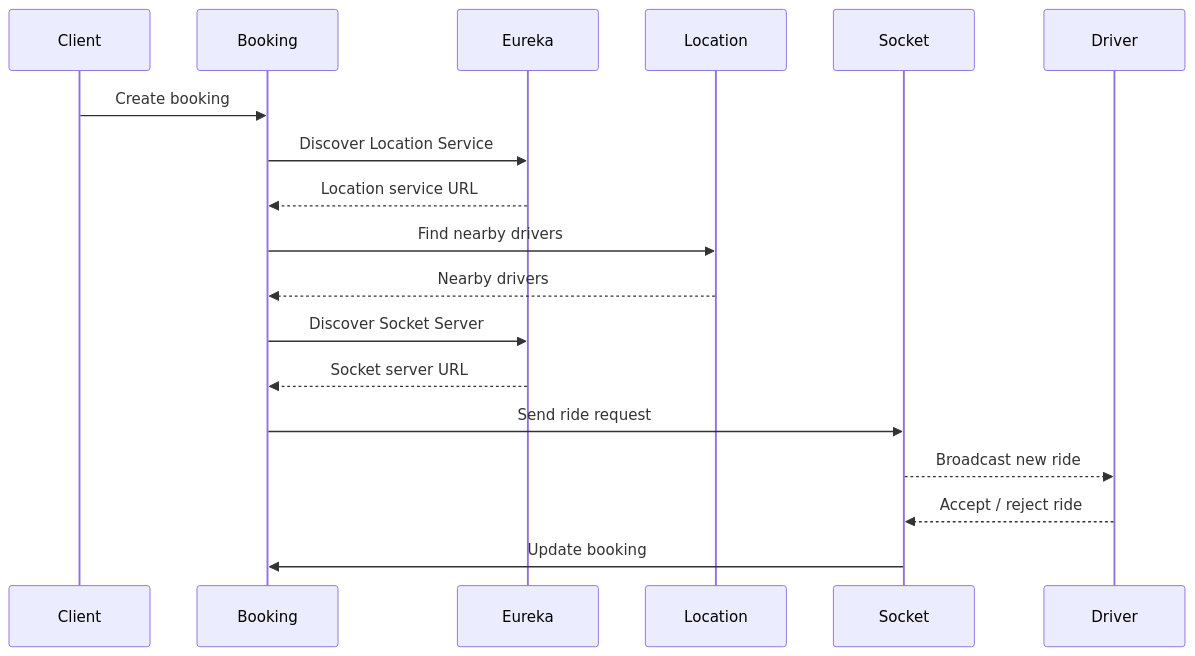
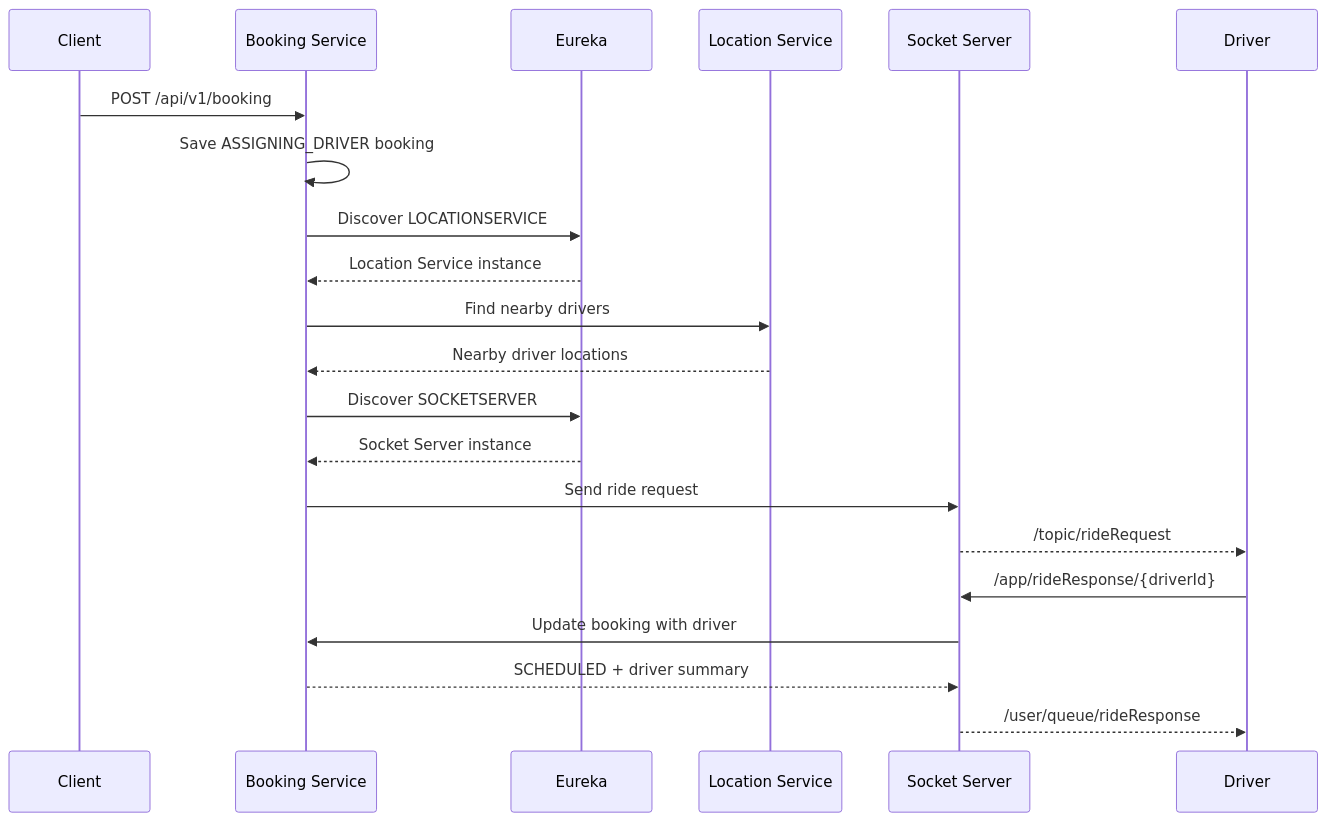
One commit to Abhilash-Panja/RideFlow changed the second of 2 diagrams in README.md. Above: the diagram before and after it, drawn with Mermaid. The commit also changed other lines of this file, not shown here.

First line of the commit message:
Enhance README with architecture and tech stack

````diff
--- a/README.md
+++ b/README.md
@@ -9,22 +64,31 @@
 ```mermaid
 sequenceDiagram
     participant Client
-    participant Booking
+    participant Booking as Booking Service
     participant Eureka
-    participant Location
-    participant Socket
+    participant Location as Location Service
+    participant Socket as Socket Server
     participant Driver
 
-    Client->>Booking: Create booking
-    Booking->>Eureka: Discover Location Service
-    Eureka-->>Booking: Location service URL
+    Client->>Booking: POST /api/v1/booking
+    Booking->>Booking: Save ASSIGNING_DRIVER booking
+
+    Booking->>Eureka: Discover LOCATIONSERVICE
+    Eureka-->>Booking: Location Service instance
+
     Booking->>Location: Find nearby drivers
-    Location-->>Booking: Nearby drivers
+    Location-->>Booking: Nearby driver locations
 
-    Booking->>Eureka: Discover Socket Server
-    Eureka-->>Booking: Socket server URL
+    Booking->>Eureka: Discover SOCKETSERVER
+    Eureka-->>Booking: Socket Server instance
+
     Booking->>Socket: Send ride request
-    Socket-->>Driver: Broadcast new ride
-    Driver-->>Socket: Accept / reject ride
-    Socket->>Booking: Update booking
+    Socket-->>Driver: /topic/rideRequest
+
+    Driver->>Socket: /app/rideResponse/{driverId}
+
+    Socket->>Booking: Update booking with driver
+    Booking-->>Socket: SCHEDULED + driver summary
+
+    Socket-->>Driver: /user/queue/rideResponse
 ```
````
